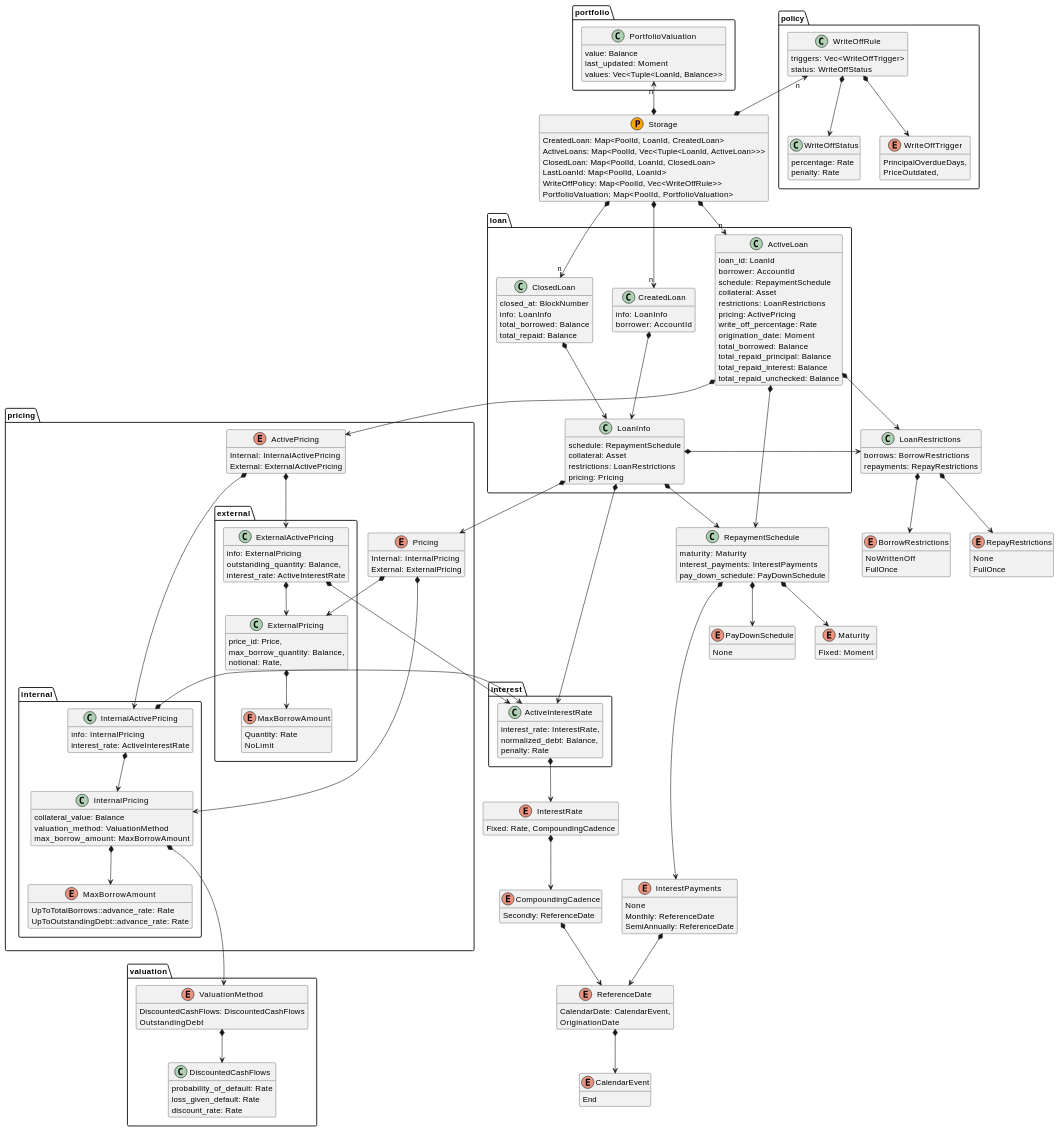
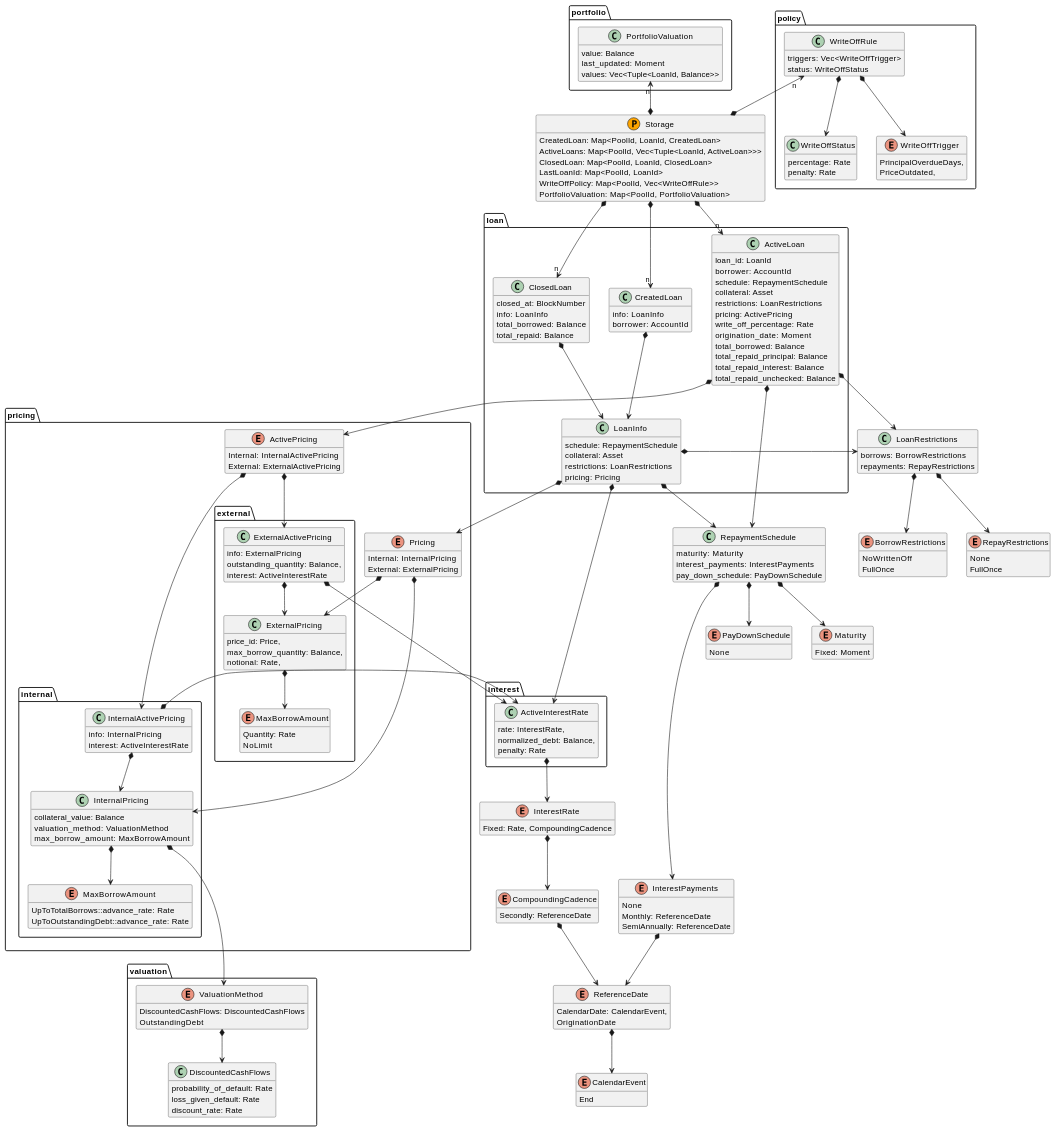
One commit to centrifuge/centrifuge-chain changed the diagram in pallets/loans/docs/types.md. Above: the diagram before and after it, drawn with PlantUML. The commit also changed 4 other files, not shown here.

Commit message:
rename interest_rate to interest

```diff
--- a/pallets/loans/docs/types.md
+++ b/pallets/loans/docs/types.md
@@ -116,7 +116,7 @@
 
 package interest {
     class ActiveInterestRate {
-        interest_rate: InterestRate,
+        rate: InterestRate,
         normalized_debt: Balance,
         penalty: Rate
     }
@@ -142,7 +142,7 @@
 
         class InternalActivePricing {
             info: InternalPricing
-            interest_rate: ActiveInterestRate
+            interest: ActiveInterestRate
         }
 
         InternalActivePricing *-r-> ActiveInterestRate
@@ -166,7 +166,7 @@
         class ExternalActivePricing {
             info: ExternalPricing
             outstanding_quantity: Balance,
-            interest_rate: ActiveInterestRate
+            interest: ActiveInterestRate
         }
 
         ExternalActivePricing *-r-> ActiveInterestRate
```
